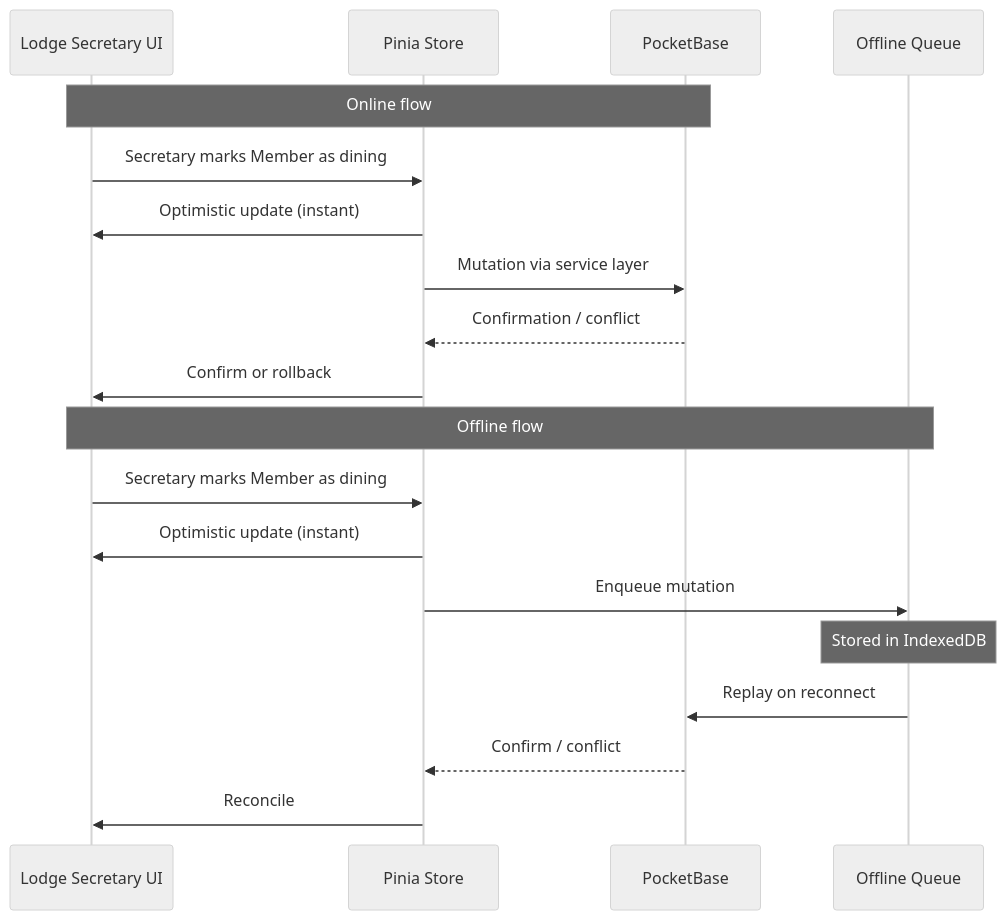
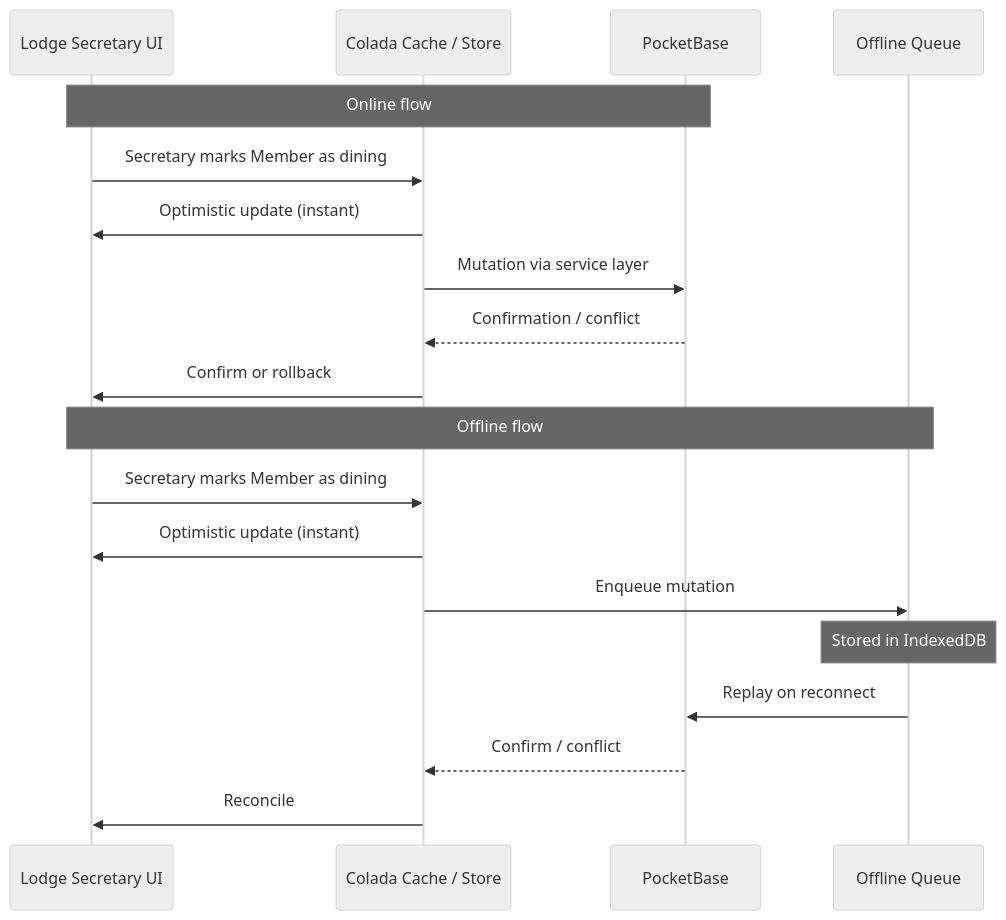
Before and after one commit to DarynHolmes/festive: the third of 4 diagrams in documentation/02_architecture.md, drawn with Mermaid (neutral theme). The commit also changed other lines of this file, not shown here.

````diff
--- a/documentation/02_architecture.md
+++ b/documentation/02_architecture.md
@@ -69,23 +68,23 @@
 ```mermaid
 sequenceDiagram
     participant UI as Lodge Secretary UI
-    participant Store as Pinia Store
+    participant Store as Colada Cache / Store
     participant PB as PocketBase
     participant Q as Offline Queue
 
     Note over UI,PB: Online flow
     UI->>Store: Secretary marks Member as dining
     Store->>UI: Optimistic update (instant)
     Store->>PB: Mutation via service layer
     PB-->>Store: Confirmation / conflict
     Store->>UI: Confirm or rollback
 
     Note over UI,Q: Offline flow
     UI->>Store: Secretary marks Member as dining
     Store->>UI: Optimistic update (instant)
     Store->>Q: Enqueue mutation
     Note over Q: Stored in IndexedDB
     Q->>PB: Replay on reconnect
     PB-->>Store: Confirm / conflict
     Store->>UI: Reconcile
 ```
````
